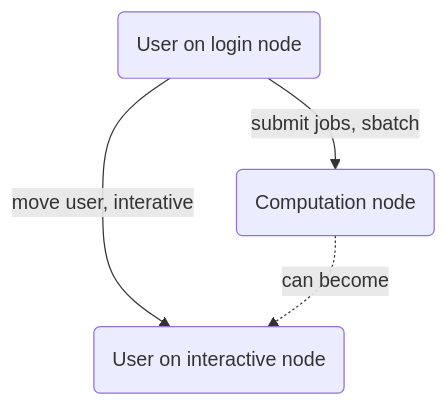
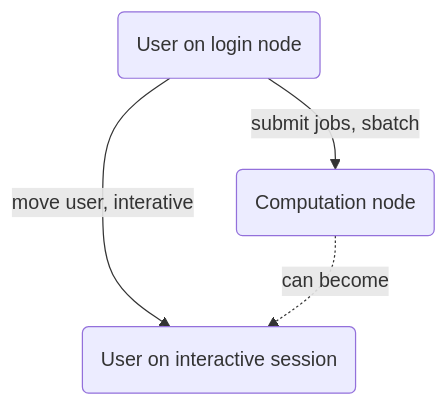
One commit to UPPMAX/UPPMAX-documentation changed the second of 3 diagrams in docs/cluster_guides/uppmax_cluster.md. Above: the diagram before and after it, drawn with Mermaid. The commit also changed other lines of this file and 22 other files, not shown here.

Commit message:
Use 'interactive session', #155

````diff
--- a/docs/cluster_guides/uppmax_cluster.md
+++ b/docs/cluster_guides/uppmax_cluster.md
@@ -114,11 +114,11 @@
 ```mermaid
 flowchart TD
 
   login_node(User on login node)
-  interactive_node(User on interactive node)
+  interactive_node(User on interactive session)
   computation_node(Computation node)
 
   login_node --> |move user, interative|interactive_node
   login_node --> |submit jobs, sbatch|computation_node
   computation_node -.-> |can become| interactive_node
 ```
````
